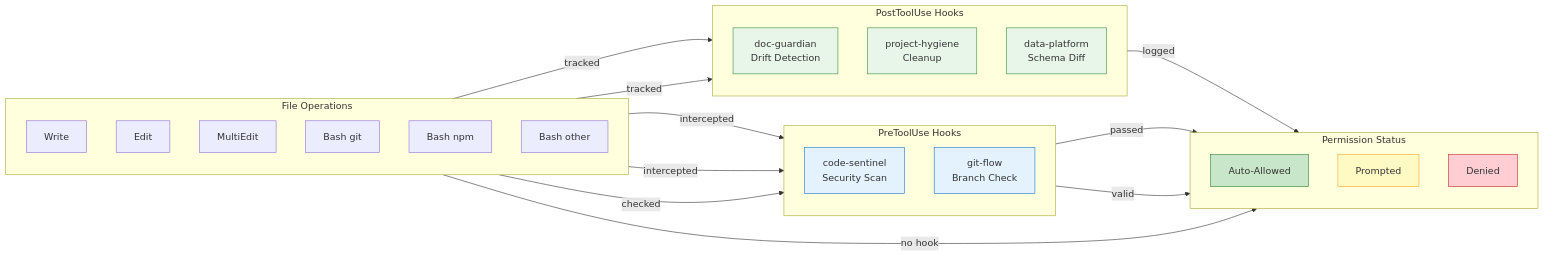
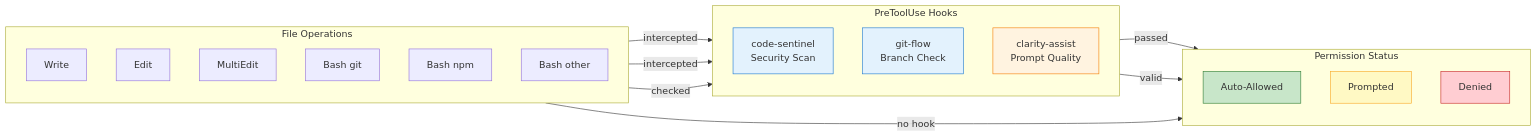
Before and after one commit to l3ocho/mktpl-claude-datasaas: the diagram in plugins/claude-config-maintainer/commands/config-permissions-map.md, drawn with Mermaid. The commit also changed other lines of this file and 59 other files, not shown here.

````diff
--- a/plugins/claude-config-maintainer/commands/config-permissions-map.md
+++ b/plugins/claude-config-maintainer/commands/config-permissions-map.md
@@ -81,57 +80,47 @@
 ```mermaid
 flowchart LR
     subgraph ops[File Operations]
         direction TB
         W[Write]
         E[Edit]
         ME[MultiEdit]
         BG[Bash git]
         BN[Bash npm]
         BO[Bash other]
     end
 
     subgraph pre[PreToolUse Hooks]
         direction TB
         CS[code-sentinel<br/>Security Scan]
         GF[git-flow<br/>Branch Check]
-    end
-
-    subgraph post[PostToolUse Hooks]
-        direction TB
-        DG[doc-guardian<br/>Drift Detection]
-        PH[project-hygiene<br/>Cleanup]
-        DP[data-platform<br/>Schema Diff]
+        CA[clarity-assist<br/>Prompt Quality]
     end
 
     subgraph perm[Permission Status]
         direction TB
         AA[Auto-Allowed]
         PR[Prompted]
         DN[Denied]
     end
 
     W -->|intercepted| CS
-    W -->|tracked| DG
     E -->|intercepted| CS
-    E -->|tracked| DG
     BG -->|checked| GF
 
     CS -->|passed| AA
-    DG -->|logged| AA
     GF -->|valid| AA
     BO -->|no hook| PR
 
     classDef preHook fill:#e3f2fd,stroke:#1976d2
-    classDef postHook fill:#e8f5e9,stroke:#388e3c
-    classDef sprint fill:#fff3e0,stroke:#f57c00
+    classDef quality fill:#fff3e0,stroke:#f57c00
     classDef prReview fill:#f3e5f5,stroke:#7b1fa2
     classDef allowed fill:#c8e6c9,stroke:#2e7d32
     classDef prompted fill:#fff9c4,stroke:#f9a825
     classDef denied fill:#ffcdd2,stroke:#c62828
 
     class CS,GF preHook
-    class DG,PH,DP postHook
+    class CA quality
     class AA allowed
     class PR prompted
     class DN denied
 ```
````
